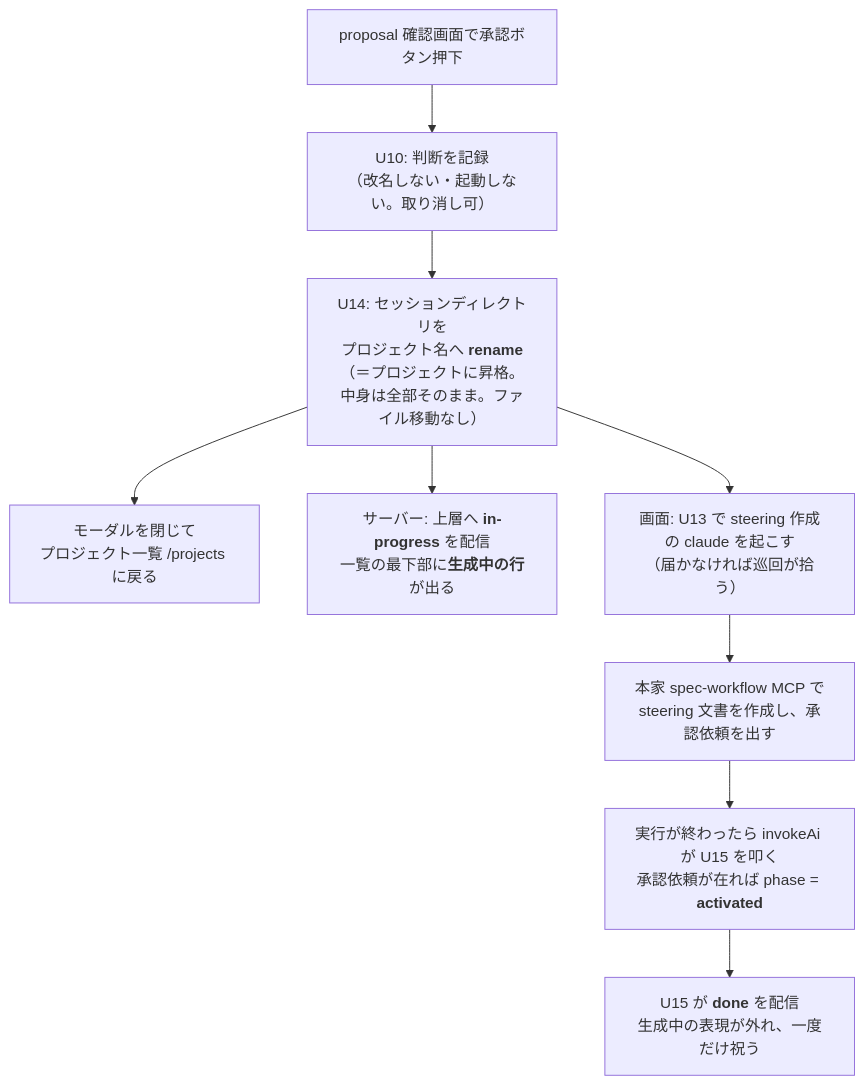
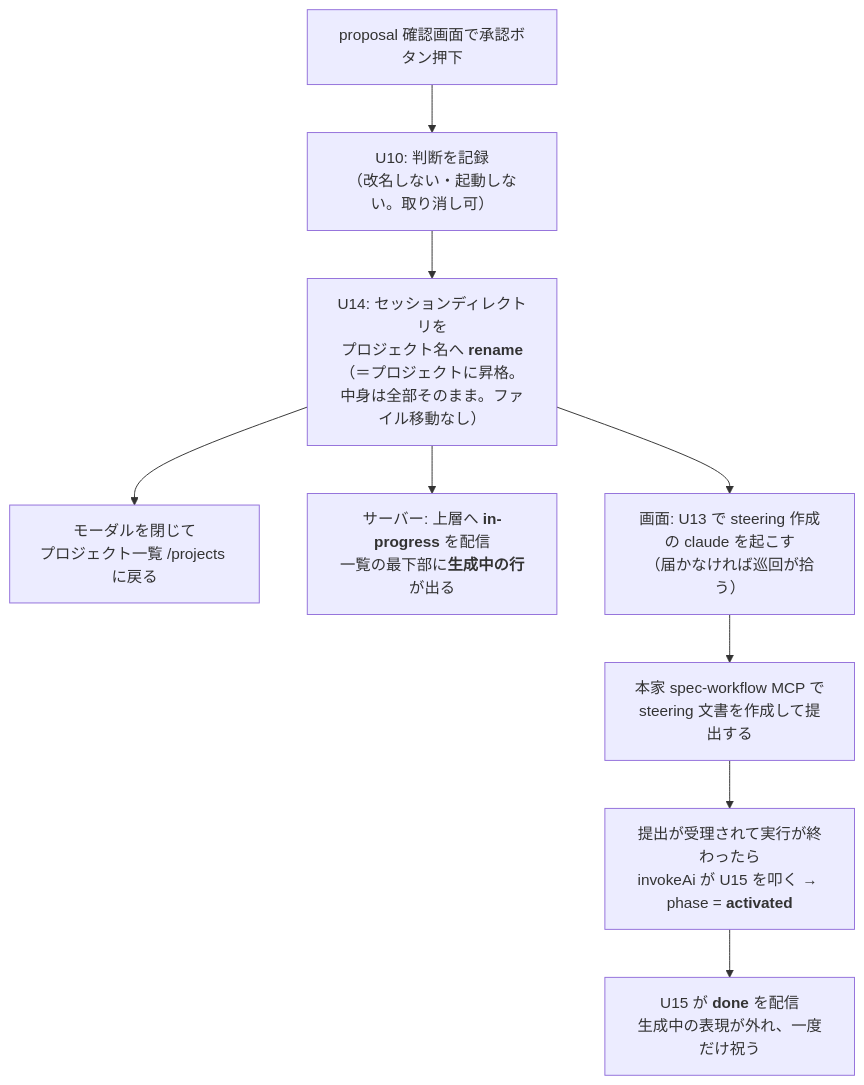
One commit to grrowapp/stroke changed the first of 4 diagrams in docs/specs/plan/portal-stroke-exit.md. Above: the diagram before and after it, drawn with Mermaid. The commit also changed other lines of this file and 24 other files, not shown here.

````diff
--- a/docs/specs/plan/portal-stroke-exit.md
+++ b/docs/specs/plan/portal-stroke-exit.md
@@ -11,11 +11,11 @@
 ```mermaid
 flowchart TB
   approve["proposal 確認画面で承認ボタン押下"] --> decide["U10: 判断を記録<br>（改名しない・起動しない。取り消し可）"]
   decide --> ren["U14: セッションディレクトリを<br>プロジェクト名へ <b>rename</b>（＝プロジェクトに昇格。<br>中身は全部そのまま。ファイル移動なし）"]
   ren --> back["モーダルを閉じて<br>プロジェクト一覧 /projects に戻る"]
   ren --> show["サーバー: 上層へ <b>in-progress</b> を配信<br>一覧の最下部に<b>生成中の行</b>が出る"]
   ren --> launch["画面: U13 で steering 作成の claude を起こす<br>（届かなければ巡回が拾う）"]
-  launch --> steering["本家 spec-workflow MCP で<br>steering 文書を作成し、承認依頼を出す"]
-  steering --> record["実行が終わったら invokeAi が U15 を叩く<br>承認依頼が在れば phase = <b>activated</b>"]
+  launch --> steering["本家 spec-workflow MCP で<br>steering 文書を作成して提出する"]
+  steering --> record["提出が受理されて実行が終わったら<br>invokeAi が U15 を叩く → phase = <b>activated</b>"]
   record --> done["U15 が <b>done</b> を配信<br>生成中の表現が外れ、一度だけ祝う"]
 ```
````
